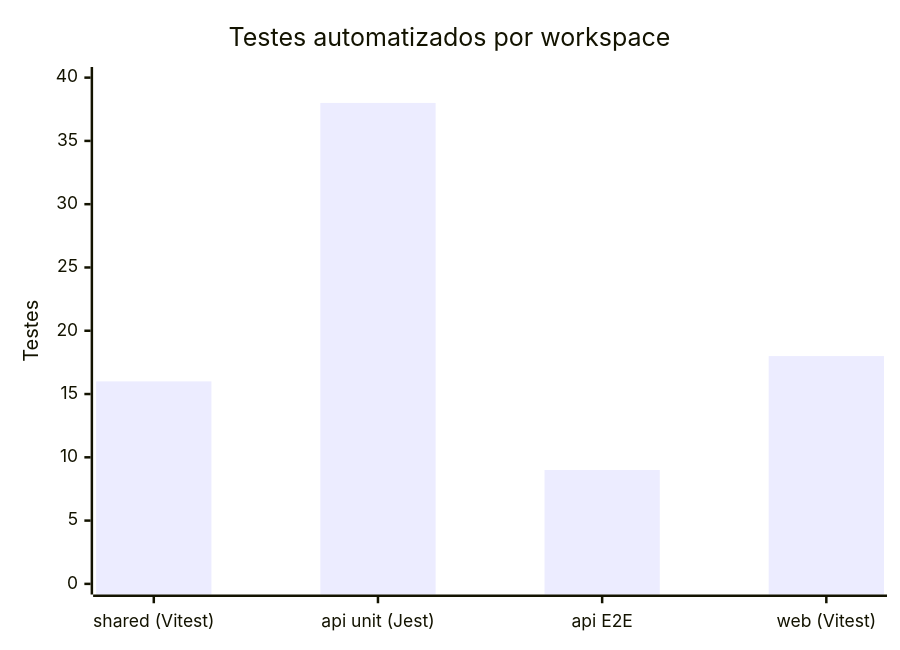
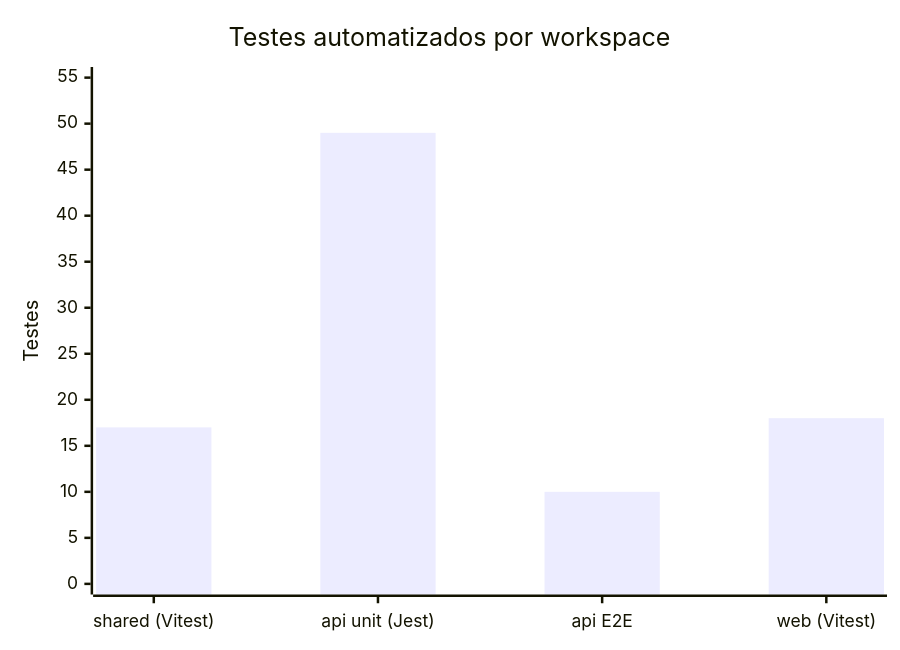
One commit to Digooow/pokedex-frontend changed the ninth of 12 diagrams in README.md. Above: the diagram before and after it, drawn with Mermaid. The commit also changed other lines of this file and 37 other files, not shown here.

First line of the commit message:
feat: add Google OAuth callback query schema and passkey ID parameter validation

````diff
--- a/README.md
+++ b/README.md
@@ -519,7 +519,7 @@
 ```mermaid
 xychart-beta
   title "Testes automatizados por workspace"
   x-axis ["shared (Vitest)", "api unit (Jest)", "api E2E", "web (Vitest)"]
-  y-axis "Testes" 0 --> 40
-  bar [16, 38, 9, 18]
+  y-axis "Testes" 0 --> 55
+  bar [17, 49, 10, 18]
 ```
````
